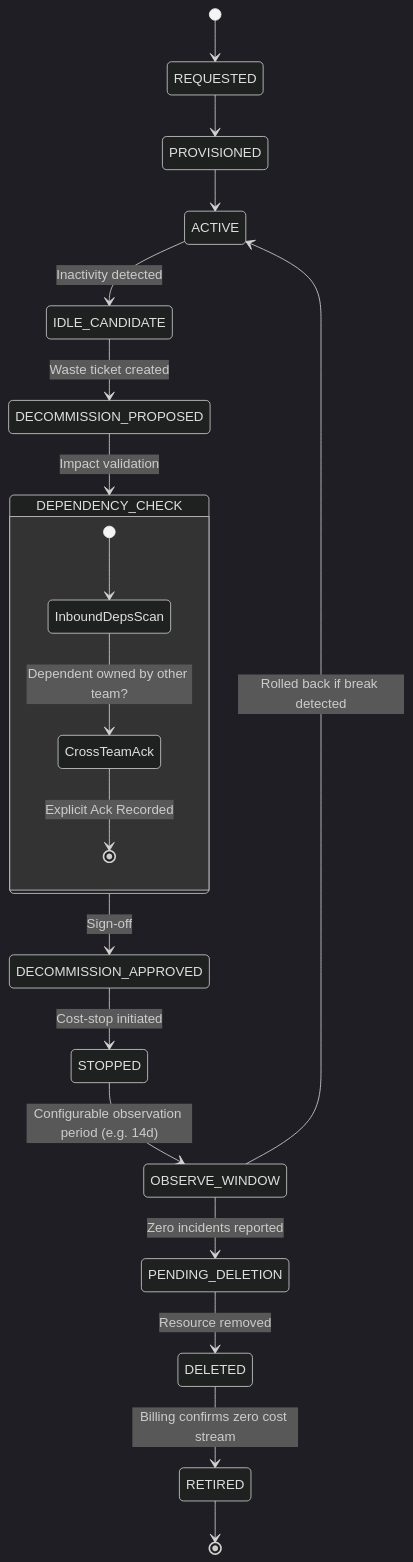
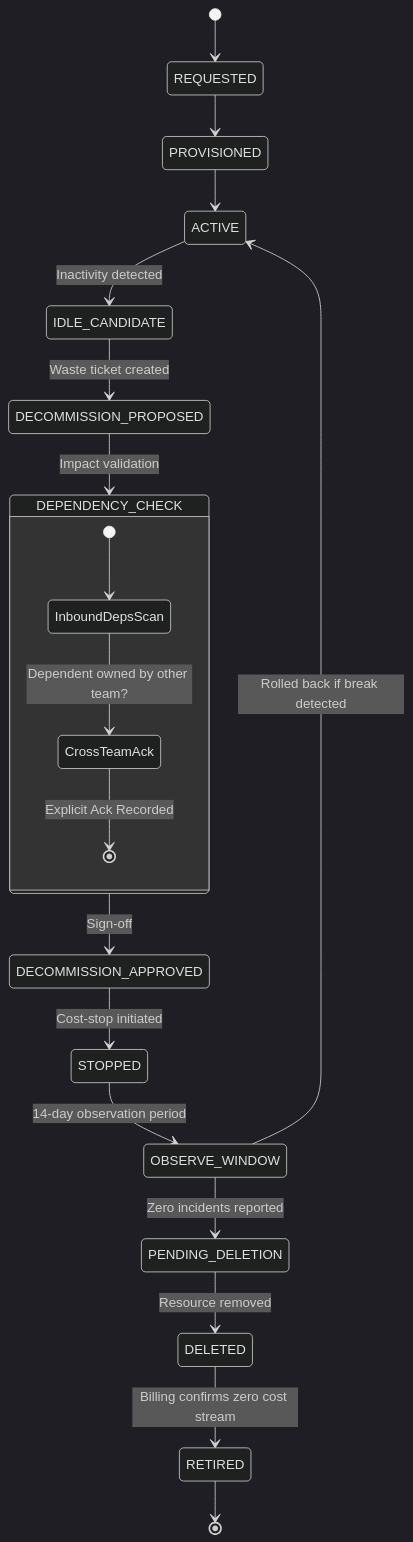
Before and after one commit to JyotirmoyBhowmik/CloudLens: the sixth of 8 diagrams in README.md, drawn with Mermaid (dark theme). The commit also changed other lines of this file and 29 other files, not shown here.

````diff
--- a/README.md
+++ b/README.md
@@ -272,24 +289,24 @@
 ```mermaid
 stateDiagram-v2
     [*] --> REQUESTED
     REQUESTED --> PROVISIONED
     PROVISIONED --> ACTIVE
     ACTIVE --> IDLE_CANDIDATE: Inactivity detected
     IDLE_CANDIDATE --> DECOMMISSION_PROPOSED: Waste ticket created
     DECOMMISSION_PROPOSED --> DEPENDENCY_CHECK: Impact validation
     
     state DEPENDENCY_CHECK {
         [*] --> InboundDepsScan
         InboundDepsScan --> CrossTeamAck: Dependent owned by other team?
         CrossTeamAck --> [*]: Explicit Ack Recorded
     }
 
     DEPENDENCY_CHECK --> DECOMMISSION_APPROVED: Sign-off
     DECOMMISSION_APPROVED --> STOPPED: Cost-stop initiated
-    STOPPED --> OBSERVE_WINDOW: Configurable observation period (e.g. 14d)
+    STOPPED --> OBSERVE_WINDOW: 14-day observation period
     OBSERVE_WINDOW --> PENDING_DELETION: Zero incidents reported
     OBSERVE_WINDOW --> ACTIVE: Rolled back if break detected
     PENDING_DELETION --> DELETED: Resource removed
     DELETED --> RETIRED: Billing confirms zero cost stream
     RETIRED --> [*]
 ```
````
